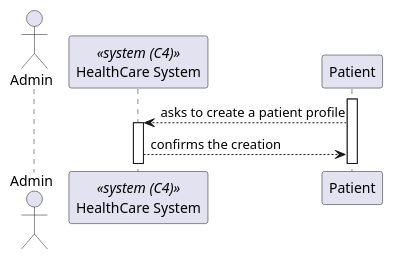
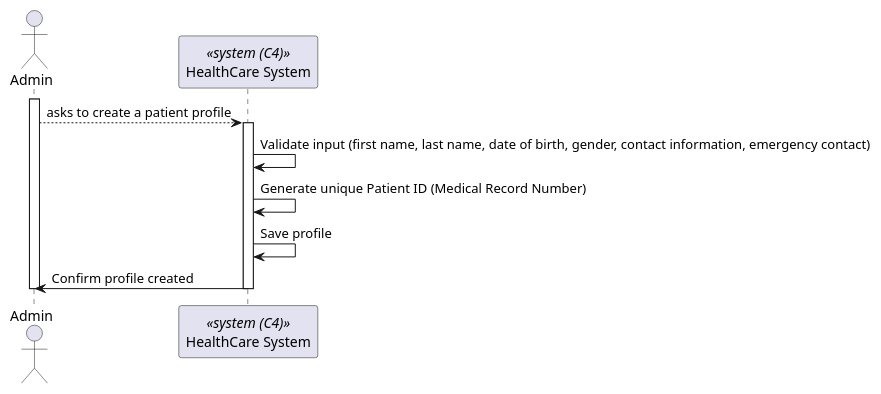
Before and after one commit to Lapr5G21/sem5pi-24-25-3ddg21: the diagram in docs/PatientProfileCreation/views/level1/process-view.puml, drawn with PlantUML. The commit also changed 8 other files, not shown here.

Commit message:
Process Views Patient Profile Creation #9

```diff
--- a/docs/PatientProfileCreation/views/level1/process-view.puml
+++ b/docs/PatientProfileCreation/views/level1/process-view.puml
@@ -1,16 +1,22 @@
 @startuml Patient Profile Creation (level 1)
 
 actor Admin as "Admin"
 participant SYS as "HealthCare System" <<system (C4)>>
 
-activate Patient 
+activate Admin 
 
-Patient --> SYS : asks to create a patient profile
-
+Admin --> SYS : asks to create a patient profile
 
 activate SYS 
 
-SYS --> Patient : confirms the creation
+SYS -> SYS : Validate input (first name, last name, date of birth, gender, contact information, emergency contact)
+SYS -> SYS : Generate unique Patient ID (Medical Record Number)
+SYS -> SYS : Save profile
+
+SYS -> Admin : Confirm profile created
+
+deactivate SYS
+deactivate Admin
 
 
 @enduml
```
